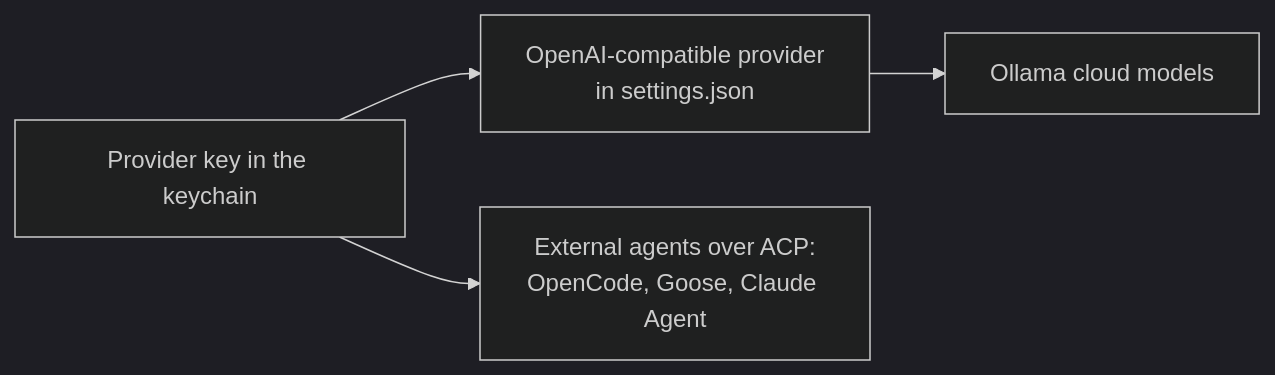
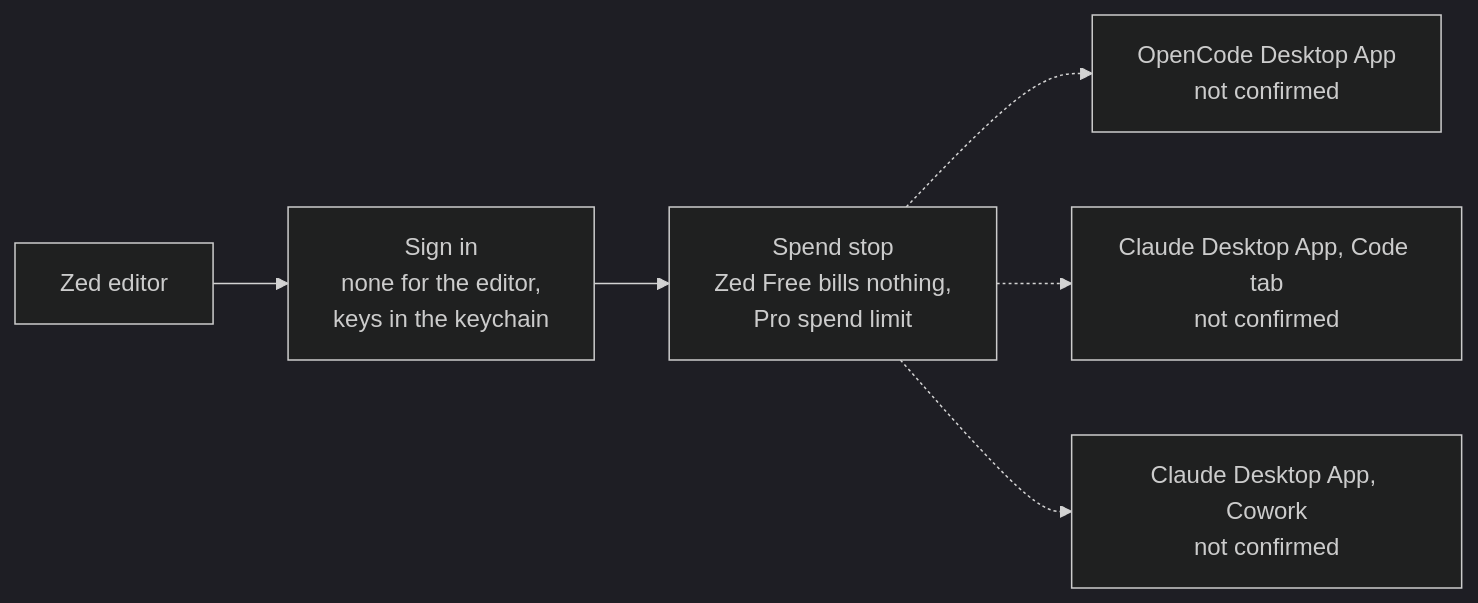
One commit to SoulCraft-Org/compute-crafter changed the diagram in guides/zed.md. Above: the diagram before and after it, drawn with Mermaid (dark theme). The commit also changed other lines of this file and 13 other files, not shown here.

First line of the commit message:
🎨 Guides batch 4: visual first (GitHub, Goose, Zed, Claude API) (#197)

````diff
--- a/guides/zed.md
+++ b/guides/zed.md
@@ -9,5 +5,7 @@
 ```mermaid
 flowchart LR
-  K[Provider key in the keychain] --> O[OpenAI-compatible provider<br/>in settings.json] --> OL[Ollama cloud models]
-  K --> A[External agents over ACP:<br/>OpenCode, Goose, Claude Agent]
+  P[Zed editor] --> S[Sign in<br/>none for the editor,<br/>keys in the keychain] --> G[Spend stop<br/>Zed Free bills nothing,<br/>Pro spend limit]
+  G -.-> O[OpenCode Desktop App<br/>not confirmed]
+  G -.-> C[Claude Desktop App, Code tab<br/>not confirmed]
+  G -.-> W[Claude Desktop App, Cowork<br/>not confirmed]
 ```
````
